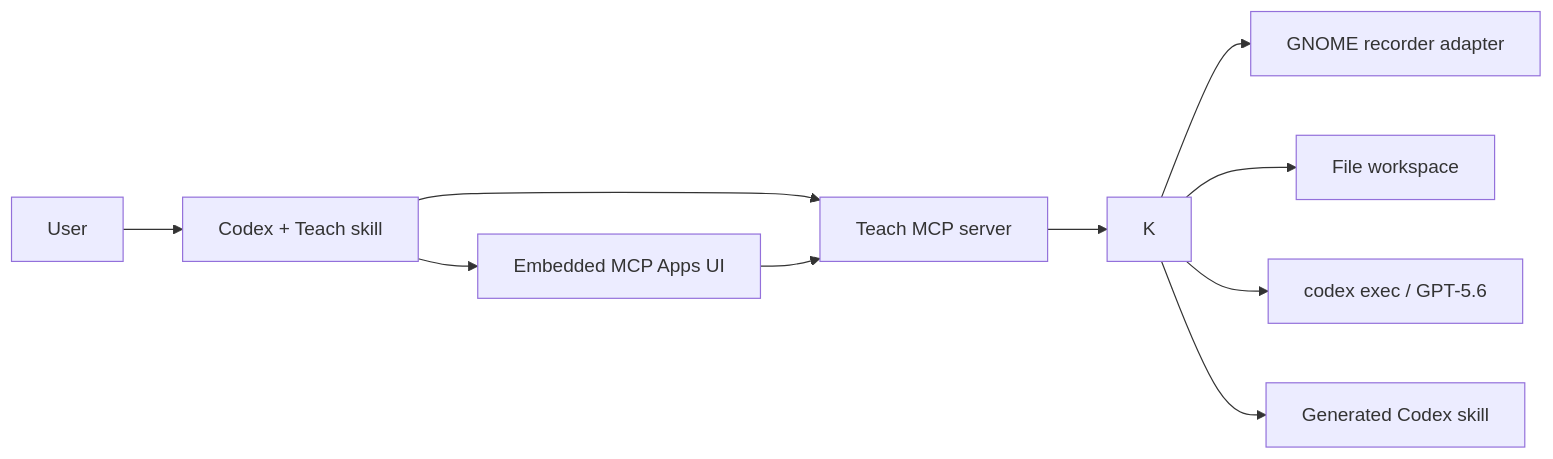
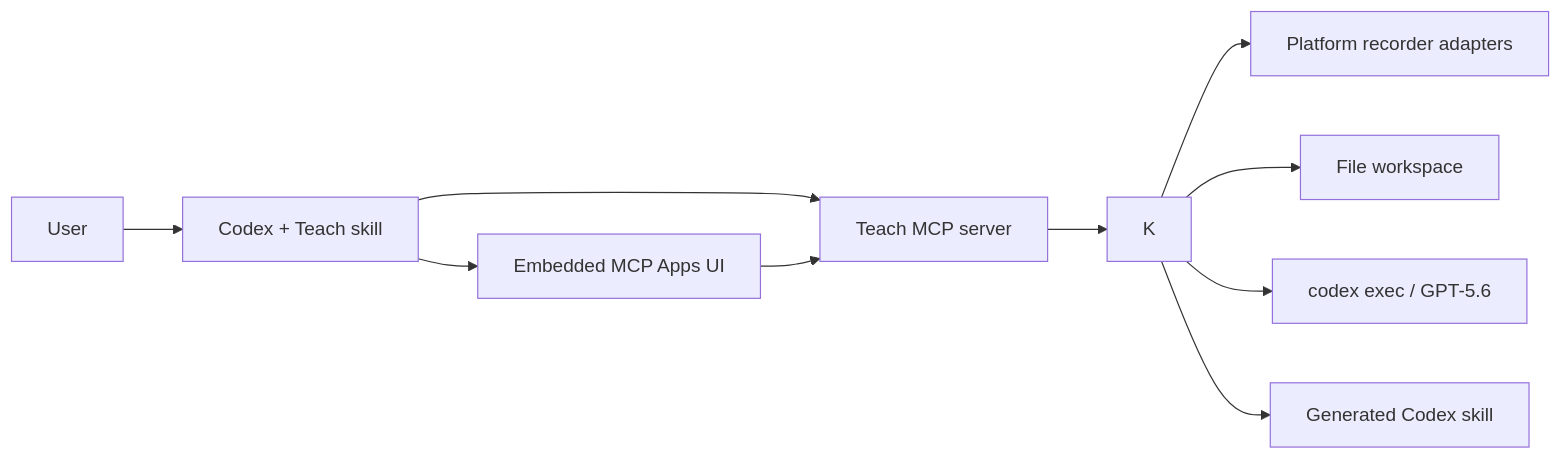
One commit to Zacxxx/teach changed the first of 2 diagrams in documentation/architecture.md. Above: the diagram before and after it, drawn with Mermaid. The commit also changed other lines of this file and 6 other files, not shown here.

````diff
--- a/documentation/architecture.md
+++ b/documentation/architecture.md
@@ -5,12 +5,12 @@
 ```mermaid
 flowchart LR
     U["User"] --> C["Codex + Teach skill"]
     C --> W["Embedded MCP Apps UI"]
     C --> M["Teach MCP server"]
     W --> M
     M --> K
-    K --> R["GNOME recorder adapter"]
+    K --> R["Platform recorder adapters"]
     K --> F["File workspace"]
     K --> X["codex exec / GPT-5.6"]
     K --> S["Generated Codex skill"]
 ```
````
